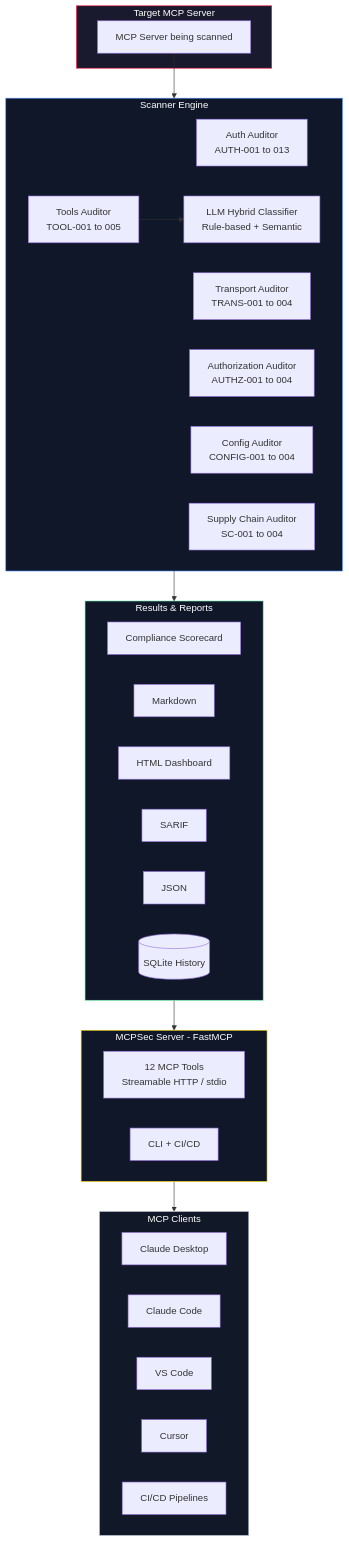
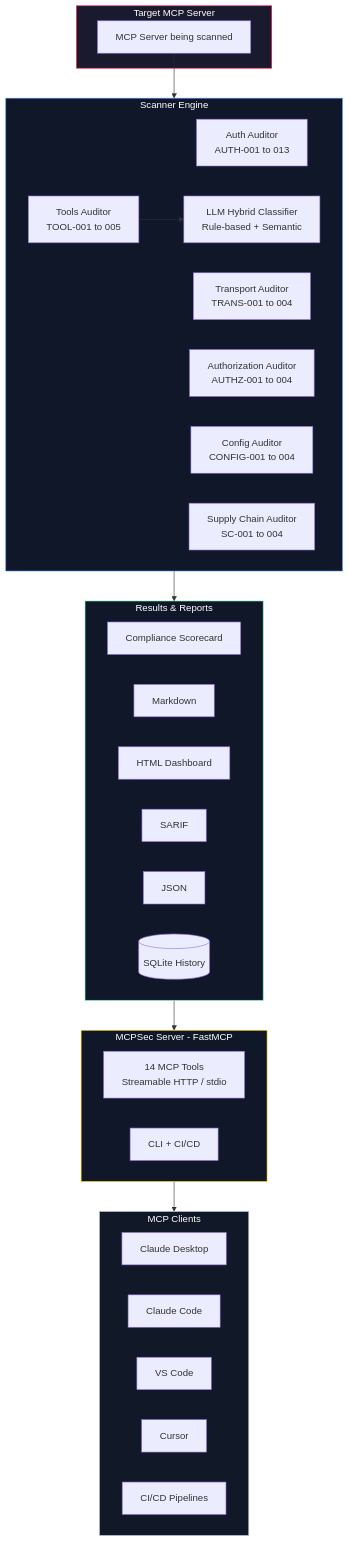
Before and after one commit to mcp-shark/MCPSec: the diagram in README.md, drawn with Mermaid. The commit also changed other lines of this file and 1 other file, not shown here.

````diff
--- a/README.md
+++ b/README.md
@@ -396,50 +397,50 @@
 ```mermaid
 graph TB
     subgraph Target["Target MCP Server"]
         T[MCP Server being scanned]
     end
 
     subgraph Engine["Scanner Engine"]
         A1[Auth Auditor<br/>AUTH-001 to 013]
         A2[Transport Auditor<br/>TRANS-001 to 004]
         A3[Authorization Auditor<br/>AUTHZ-001 to 004]
         A4[Tools Auditor<br/>TOOL-001 to 005]
         A5[Config Auditor<br/>CONFIG-001 to 004]
         A6[Supply Chain Auditor<br/>SC-001 to 004]
         LLM[LLM Hybrid Classifier<br/>Rule-based + Semantic]
     end
 
     subgraph Reports["Results & Reports"]
         SC[Compliance Scorecard]
         MD[Markdown]
         HTML[HTML Dashboard]
         SARIF[SARIF]
         JSON[JSON]
         DB[(SQLite History)]
     end
 
     subgraph Server["MCPSec Server - FastMCP"]
-        MCP[12 MCP Tools<br/>Streamable HTTP / stdio]
+        MCP[14 MCP Tools<br/>Streamable HTTP / stdio]
         CLI[CLI + CI/CD]
     end
 
     subgraph Clients["MCP Clients"]
         CD[Claude Desktop]
         CC[Claude Code]
         VS[VS Code]
         CU[Cursor]
         CI[CI/CD Pipelines]
     end
 
     T --> Engine
     A4 --> LLM
     Engine --> Reports
     Reports --> Server
     Server --> Clients
 
     style Target fill:#1a1a2e,stroke:#ff1744,color:#fff
     style Engine fill:#0f1729,stroke:#448aff,color:#fff
     style Reports fill:#0f1729,stroke:#69f0ae,color:#fff
     style Server fill:#0f1729,stroke:#ffd600,color:#fff
     style Clients fill:#111827,stroke:#c0c8d8,color:#fff
 ```
````
